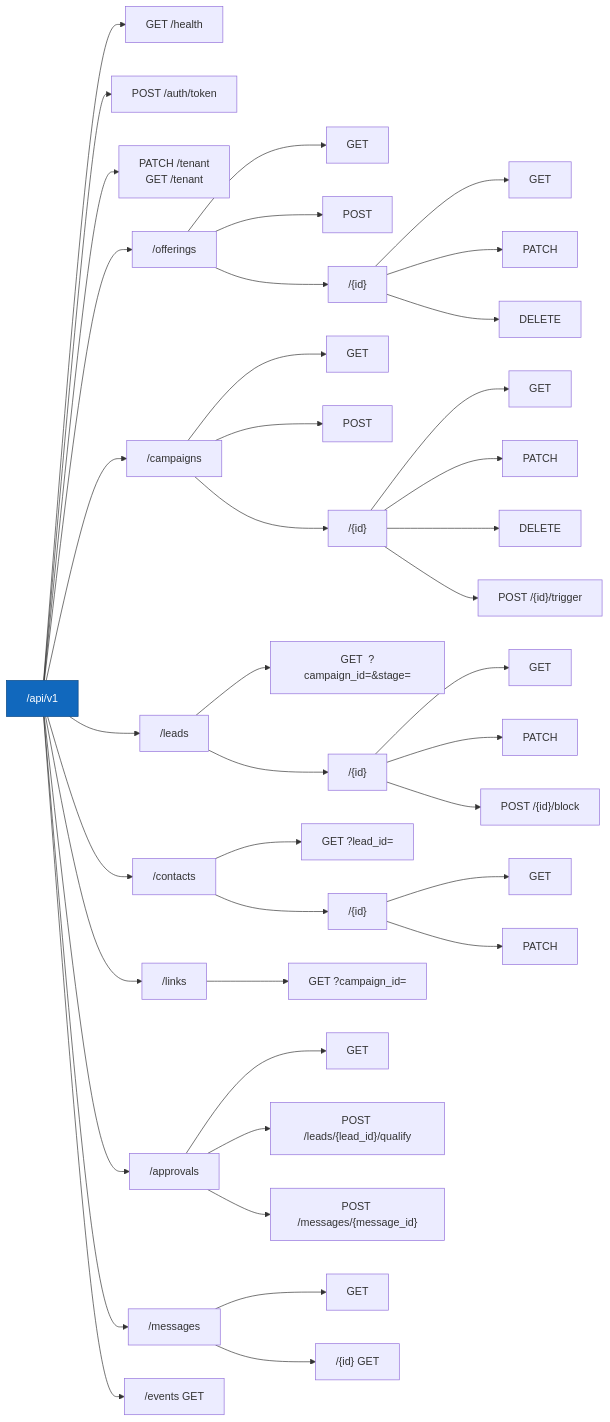
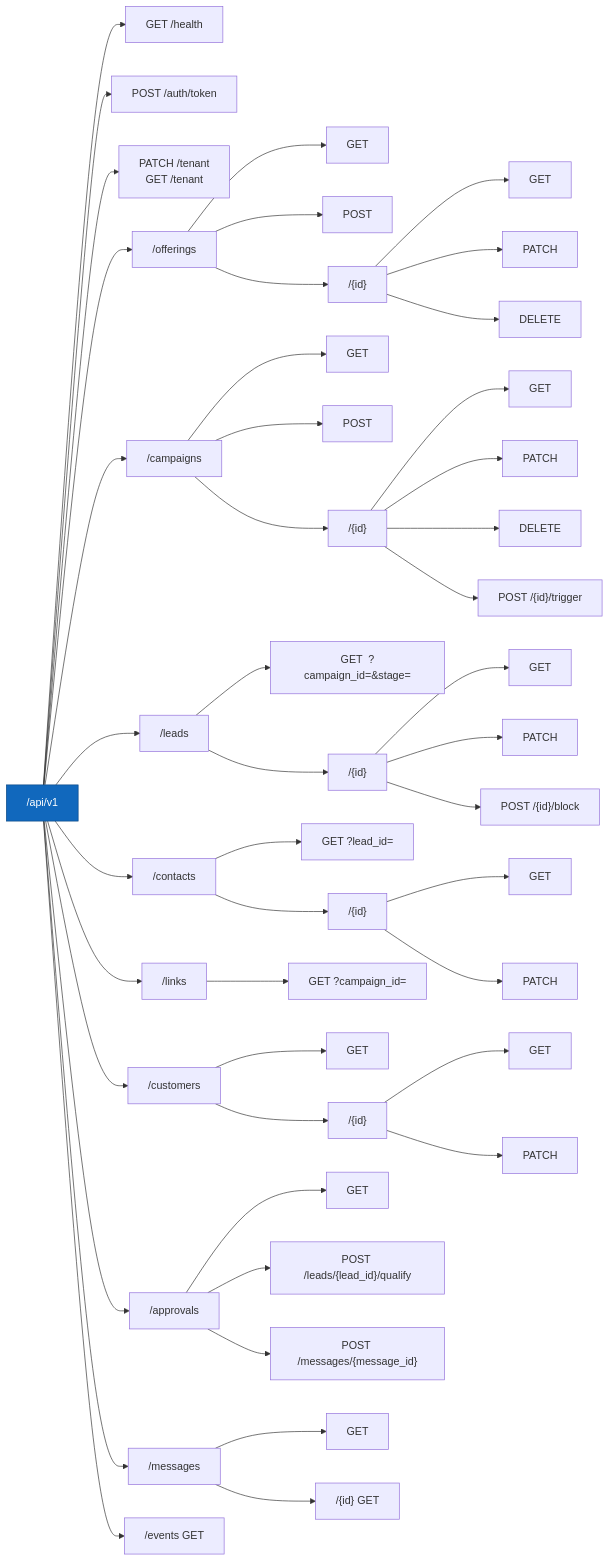
Before and after one commit to smallTechOrg/sales-agent: the first of 5 diagrams in spec/product/09-api.md, drawn with Mermaid. The commit also changed other lines of this file and 2 other files, not shown here.

First line of the commit message:
spec: add customers table, links.identified_at, leads.customer_id, /links + /customers API

````diff
--- a/spec/product/09-api.md
+++ b/spec/product/09-api.md
@@ -32,55 +32,61 @@
 ```mermaid
 flowchart LR
     root["/api/v1"]
 
     root --> health["GET /health"]
     root --> auth["POST /auth/token"]
 
     root --> tenant["PATCH /tenant\nGET /tenant"]
 
     root --> offerings["/offerings"]
     offerings --> off_list["GET"]
     offerings --> off_create["POST"]
     offerings --> off_id[" /{id}"]
     off_id --> off_get["GET"]
     off_id --> off_patch["PATCH"]
     off_id --> off_del["DELETE"]
 
     root --> campaigns["/campaigns"]
     campaigns --> camp_list["GET"]
     campaigns --> camp_create["POST"]
     campaigns --> camp_id["/{id}"]
     camp_id --> camp_get["GET"]
     camp_id --> camp_patch["PATCH"]
     camp_id --> camp_del["DELETE"]
     camp_id --> camp_trigger["POST /{id}/trigger"]
 
     root --> leads["/leads"]
     leads --> lead_list["GET  ?campaign_id=&stage="]
     leads --> lead_id["/{id}"]
     lead_id --> lead_get["GET"]
     lead_id --> lead_patch["PATCH"]
     lead_id --> lead_block["POST /{id}/block"]
 
     root --> contacts["/contacts"]
     contacts --> cont_list["GET  ?lead_id="]
     contacts --> cont_id["/{id}"]
     cont_id --> cont_get["GET"]
     cont_id --> cont_patch["PATCH"]
 
     root --> links["/links"]
     links --> link_list["GET  ?campaign_id="]
 
+    root --> customers["/customers"]
+    customers --> cust_list["GET"]
+    customers --> cust_id["/{id}"]
+    cust_id --> cust_get["GET"]
+    cust_id --> cust_patch["PATCH"]
+
     root --> approvals["/approvals"]
     approvals --> appr_list["GET"]
     approvals --> appr_qual["POST /leads/{lead_id}/qualify"]
     approvals --> appr_msg["POST /messages/{message_id}"]
 
     root --> messages["/messages"]
     messages --> msg_list["GET"]
     messages --> msg_id["/{id}  GET"]
 
     root --> events["/events  GET"]
 
     style root fill:#1168bd,color:#fff,stroke:#0b4884
 ```
````
